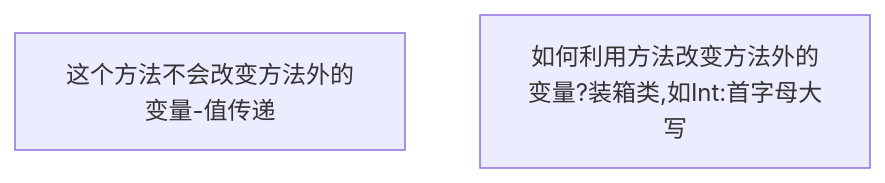
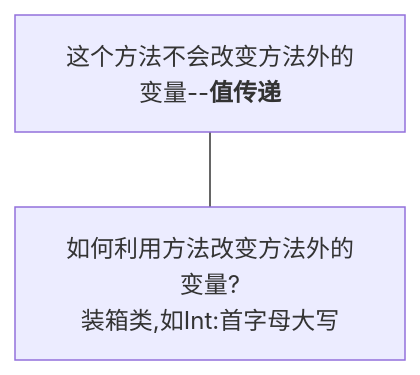
Before and after one commit to SamZhou-2019/SamZhou-2019.github.io: the fourth of 9 diagrams in website_java/java_Study.md, drawn with Mermaid. The commit also changed other lines of this file and 1 other file, not shown here.

````diff
--- a/website_java/java_Study.md
+++ b/website_java/java_Study.md
@@ -364,5 +379,5 @@
 ```mermaid
 graph TD
-C[这个方法不会改变方法外的变量-值传递]
-A[如何利用方法改变方法外的变量?装箱类,如Int:首字母大写]
+C[这个方法不会改变方法外的变量--<b>值传递</b>]---A
+A[如何利用方法改变方法外的变量?<br>装箱类,如Int:首字母大写]
 ```
````
